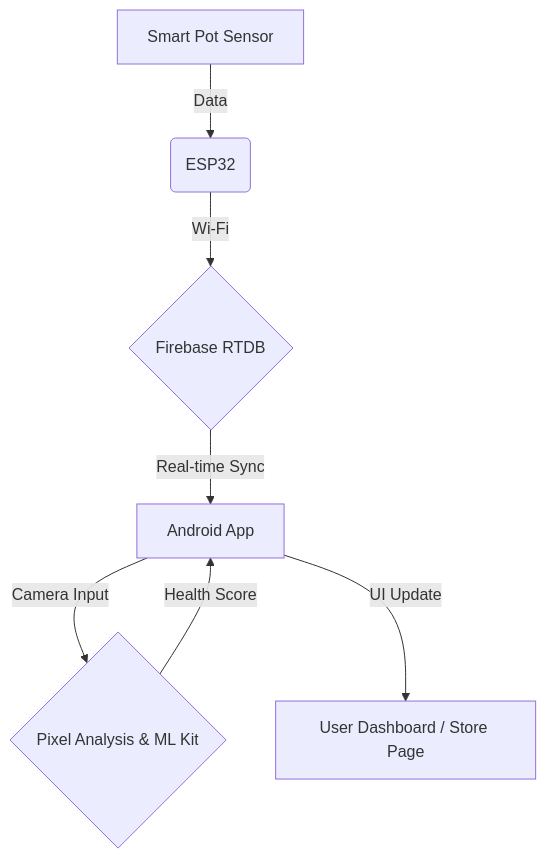
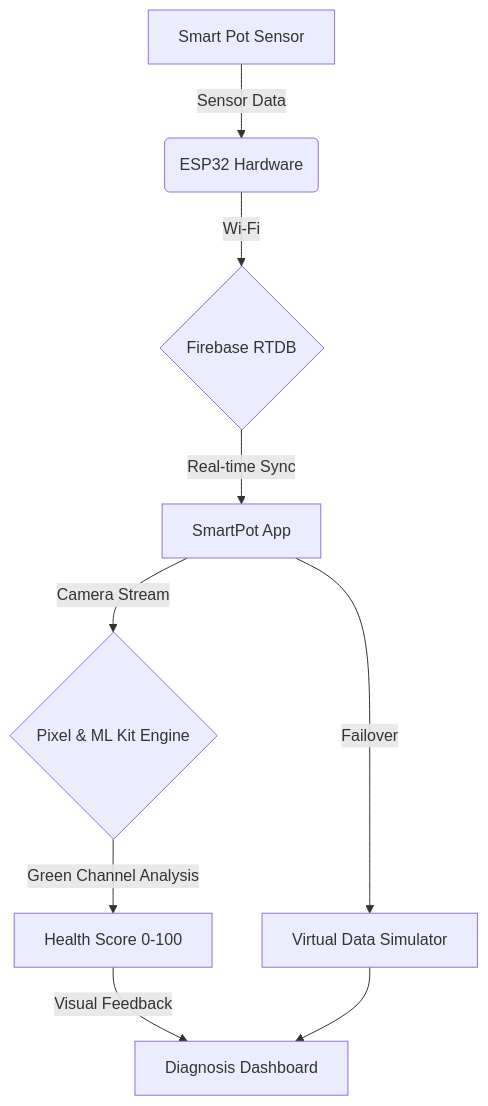
Before and after one commit to EJ-pro/smartpot: the second of 2 diagrams in README.md, drawn with Mermaid. The commit also changed other lines of this file, not shown here.

````diff
--- a/README.md
+++ b/README.md
@@ -58,9 +78,11 @@
 ```mermaid
 graph TD
-    A[Smart Pot Sensor] -->|Data| B(ESP32)
+    A[Smart Pot Sensor] -->|Sensor Data| B(ESP32 Hardware)
     B -->|Wi-Fi| C{Firebase RTDB}
-    C -->|Real-time Sync| D[Android App]
-    D -->|Camera Input| E{Pixel Analysis & ML Kit}
-    E -->|Health Score| D
-    D -->|UI Update| F[User Dashboard / Store Page]
+    C -->|Real-time Sync| D[SmartPot App]
+    D -->|Camera Stream| E{Pixel & ML Kit Engine}
+    E -->|Green Channel Analysis| F[Health Score 0-100]
+    F -->|Visual Feedback| G[Diagnosis Dashboard]
+    D -- Failover --> H[Virtual Data Simulator]
+    H --> G
 ```
````
